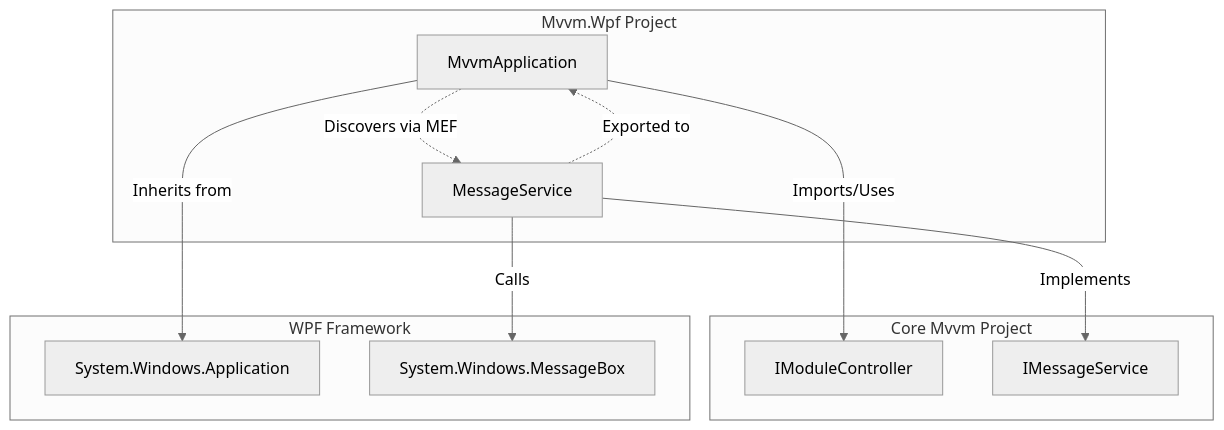
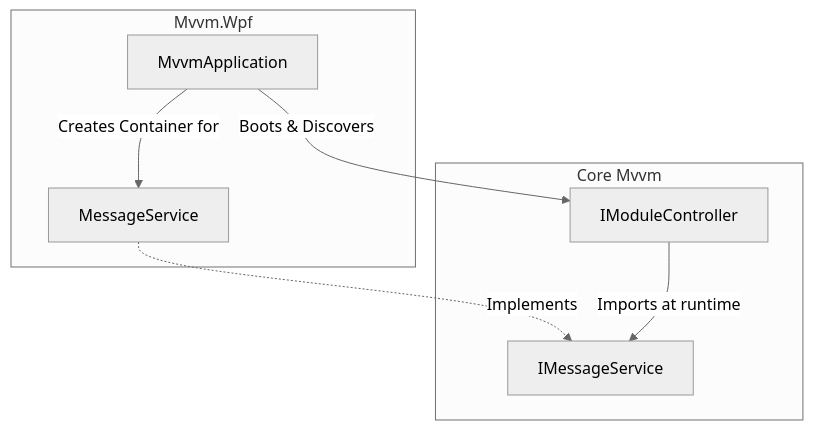
Before and after one commit to wetzlmaier-scch/mvvm: the diagram in doc/Mvvm.Wpf.md, drawn with Mermaid (neutral theme). The commit also changed other lines of this file and 132 other files, not shown here.

````diff
--- a/doc/Mvvm.Wpf.md
+++ b/doc/Mvvm.Wpf.md
@@ -22,25 +21,17 @@
 ```mermaid
 flowchart TD
-    subgraph "Mvvm.Wpf Project"
+    subgraph "Mvvm.Wpf"
         MA[MvvmApplication]
         MS[MessageService]
     end
     
-    subgraph "Core Mvvm Project"
-        IMC[IModuleController]
+    subgraph "Core Mvvm"
         IMS[IMessageService]
+        IModule[IModuleController]
     end
-    
-    subgraph "WPF Framework"
-        App[System.Windows.Application]
-        MB[System.Windows.MessageBox]
-    end
-    
-    MA -->|Inherits from| App
-    MA -->|Imports/Uses| IMC
-    MS -->|Implements| IMS
-    MS -->|Calls| MB
-    
-    MA -.->|Discovers via MEF| MS
-    MS -.->|Exported to| MA
+
+    MA -->|Boots & Discovers| IModule
+    MA -->|Creates Container for| MS
+    MS -.->|Implements| IMS
+    IModule -->|Imports at runtime| IMS
 ```
````
